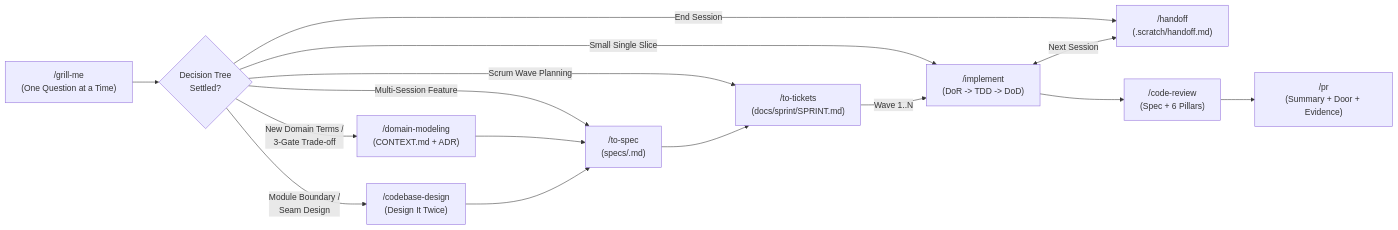
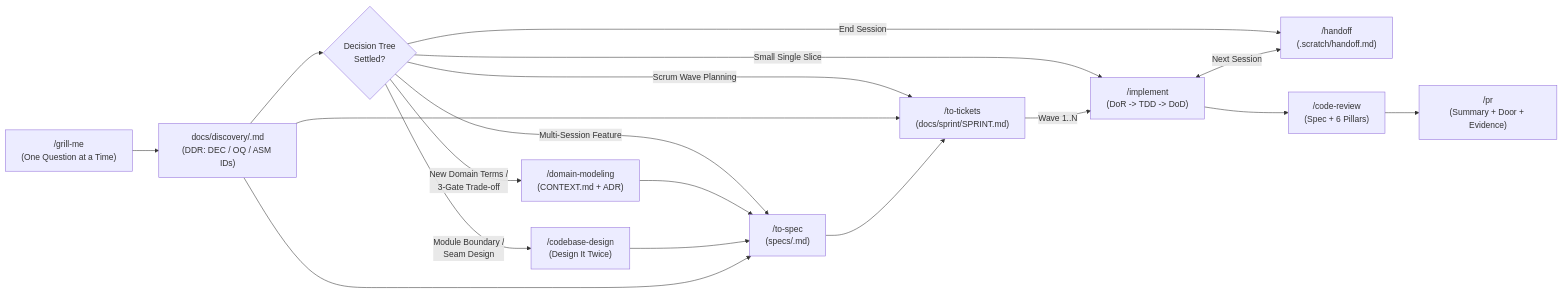
The diagram in README.md (rafaelghif/antigravity-agents-core), drawn with Mermaid before and after one commit. The commit also changed other lines of this file and 23 other files, not shown here.

First line of the commit message:
feat(release): v6.2.0 - provenance-backed DDR, spec, and ticket pipeline

````diff
--- a/README.md
+++ b/README.md
@@ -83,17 +87,20 @@
 ```mermaid
 flowchart LR
-    G["/grill-me\n(One Question at a Time)"] --> F{"Decision Tree\nSettled?"}
+    G["/grill-me\n(One Question at a Time)"] --> DDR["docs/discovery/<slug>.md\n(DDR: DEC / OQ / ASM IDs)"]
+    DDR --> F{"Decision Tree\nSettled?"}
     F -->|"New Domain Terms /\n3-Gate Trade-off"| DM["/domain-modeling\n(CONTEXT.md + ADR)"]
     F -->|"Module Boundary /\nSeam Design"| CD["/codebase-design\n(Design It Twice)"]
     F -->|"Multi-Session Feature"| Spec["/to-spec\n(specs/<slug>.md)"]
     F -->|"Scrum Wave Planning"| Tickets["/to-tickets\n(docs/sprint/SPRINT.md)"]
     F -->|"Small Single Slice"| Impl["/implement\n(DoR -> TDD -> DoD)"]
     F -->|"End Session"| Handoff["/handoff\n(.scratch/handoff.md)"]
     DM --> Spec
     CD --> Spec
+    DDR --> Spec
+    DDR --> Tickets
     Spec --> Tickets
     Tickets -->|"Wave 1..N"| Impl
     Impl <-->|"Next Session"| Handoff
     Impl --> Review["/code-review\n(Spec + 6 Pillars)"]
     Review --> PR["/pr\n(Summary + Door + Evidence)"]
 ```
````
